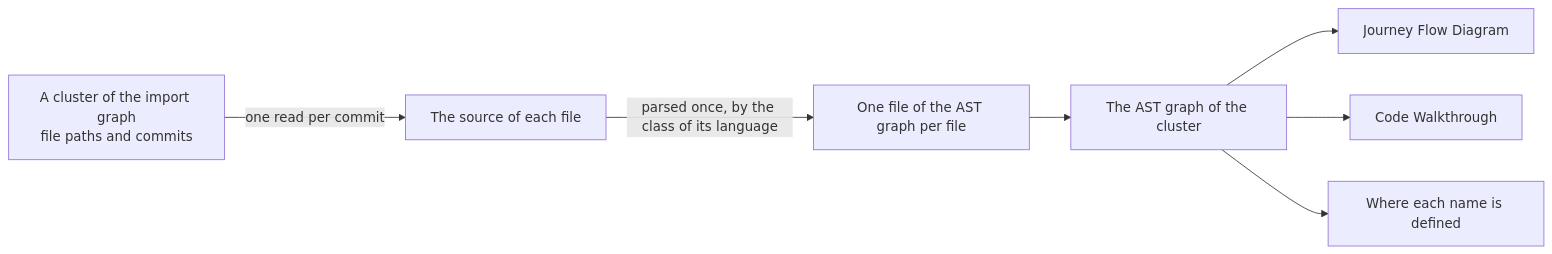
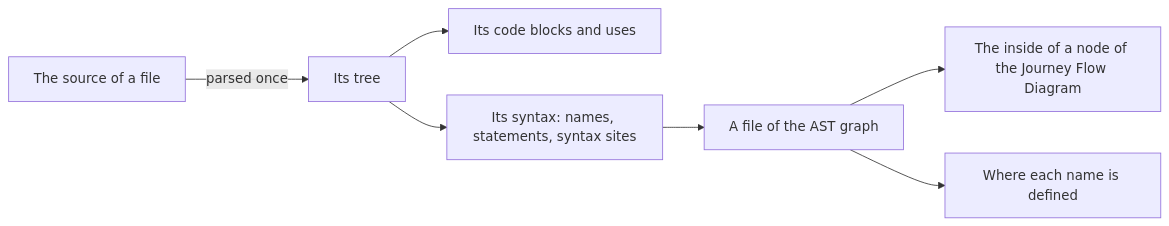
Before and after one commit to kidlat-dakila/flight-plan: the first of 2 diagrams in docs/vocabulary/codegraph/ast-graph.md, drawn with Mermaid. The commit also changed other lines of this file and 400 other files, not shown here.

````diff
--- a/docs/vocabulary/codegraph/ast-graph.md
+++ b/docs/vocabulary/codegraph/ast-graph.md
@@ -9,9 +9,9 @@
 ```mermaid
 flowchart LR
-  cluster["A cluster of the import graph<br/>file paths and commits"] -->|one read per commit| sources["The source of each file"]
-  sources -->|parsed once, by the class of its language| files["One file of the AST graph per file"]
-  files --> group["The AST graph of the cluster"]
-  group --> journey["Journey Flow Diagram"]
-  group --> walkthrough["Code Walkthrough"]
-  group --> references["Where each name is defined"]
+  source["The source of a file"] -->|parsed once| tree["Its tree"]
+  tree --> blocks["Its code blocks and uses"]
+  tree --> syntax["Its syntax: names, statements, syntax sites"]
+  syntax --> file["A file of the AST graph"]
+  file --> journey["The inside of a node of the Journey Flow Diagram"]
+  file --> references["Where each name is defined"]
 ```
````
